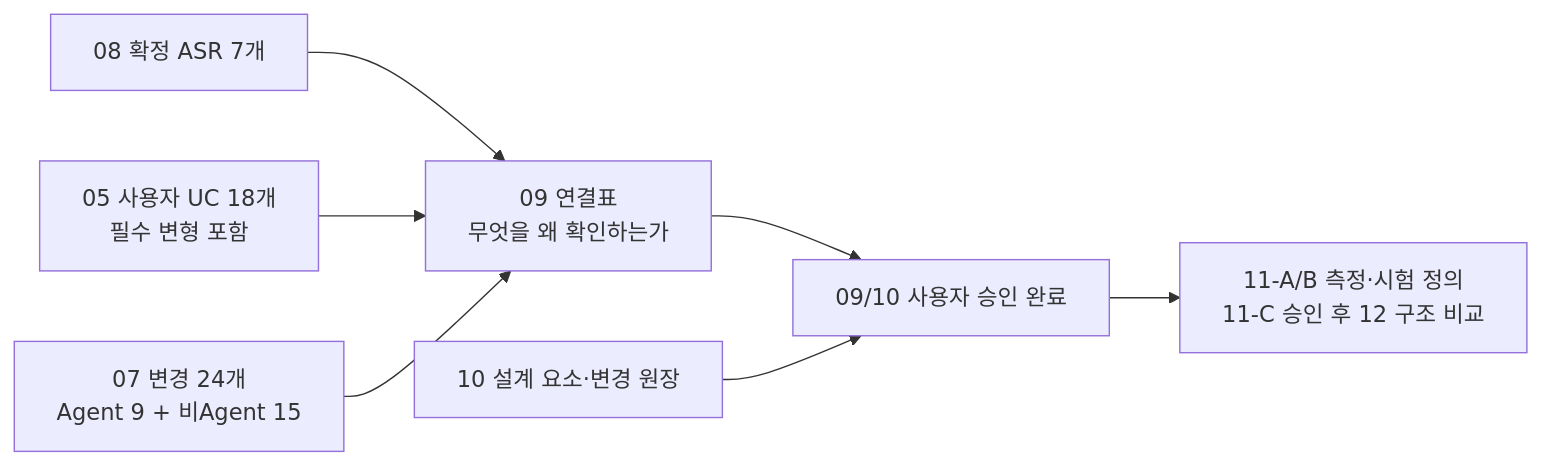
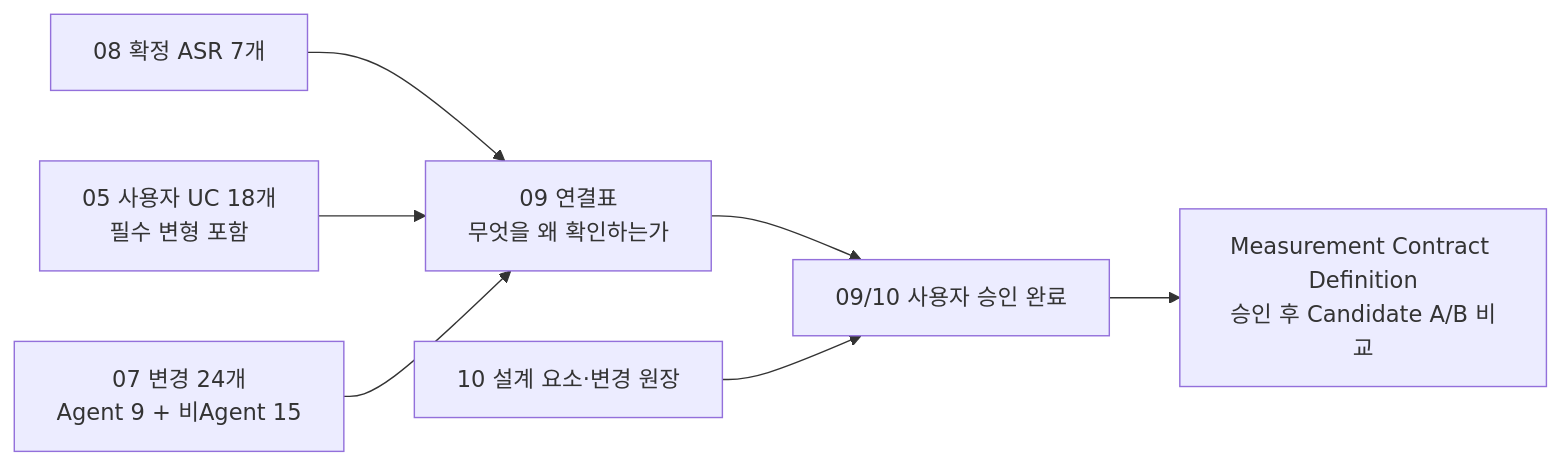
Before and after one commit to cbyche/via-sw-architecture: the diagram in docs/architecture/09-traceability.md, drawn with Mermaid. The commit also changed other lines of this file and 40 other files, not shown here.

Commit message:
docs: normalize active architecture workspace

````diff
--- a/docs/architecture/09-traceability.md
+++ b/docs/architecture/09-traceability.md
@@ -20,16 +20,16 @@
 ```mermaid
 flowchart LR
     Q["08 확정 ASR 7개"]
     U["05 사용자 UC 18개<br/>필수 변형 포함"]
     X["07 변경 24개<br/>Agent 9 + 비Agent 15"]
     T["09 연결표<br/>무엇을 왜 확인하는가"]
     E["10 설계 요소·변경 원장"]
     R["09/10 사용자 승인 완료"]
-    NEXT["11-A/B 측정·시험 정의<br/>11-C 승인 후 12 구조 비교"]
+    NEXT["Measurement Contract Definition<br/>승인 후 Candidate A/B 비교"]
     Q --> T
     U --> T
     X --> T
     T --> R
     E --> R
     R --> NEXT
 ```
````
